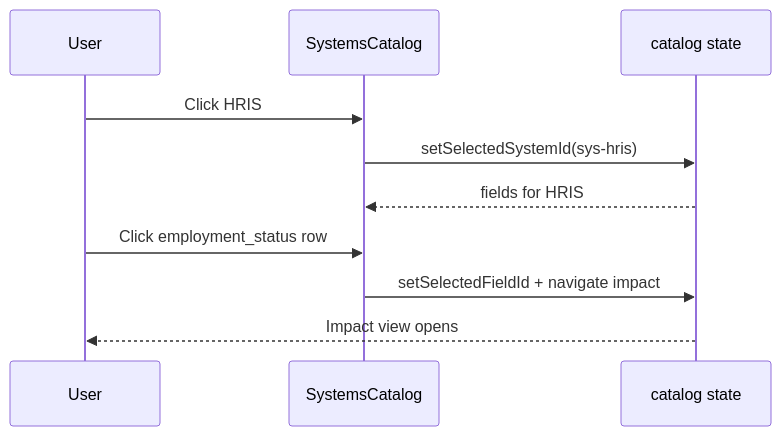
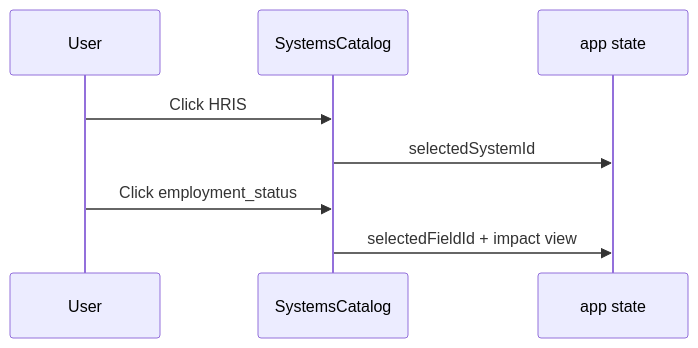
One commit to jah-guide/sourcemap changed the second of 4 diagrams in docs/07-sequence-flows.md. Above: the diagram before and after it, drawn with Mermaid. The commit also changed other lines of this file and 3 other files, not shown here.

Commit message:
docs: simplify sequence flows and tighten traceability wording

````diff
--- a/docs/07-sequence-flows.md
+++ b/docs/07-sequence-flows.md
@@ -26,13 +23,11 @@
 ```mermaid
 sequenceDiagram
   participant User
   participant UI as SystemsCatalog
-  participant Cat as catalog state
+  participant State as app state
 
   User->>UI: Click HRIS
-  UI->>Cat: setSelectedSystemId(sys-hris)
-  Cat-->>UI: fields for HRIS
-  User->>UI: Click employment_status row
-  UI->>Cat: setSelectedFieldId + navigate impact
-  Cat-->>User: Impact view opens
+  UI->>State: selectedSystemId
+  User->>UI: Click employment_status
+  UI->>State: selectedFieldId + impact view
 ```
````
